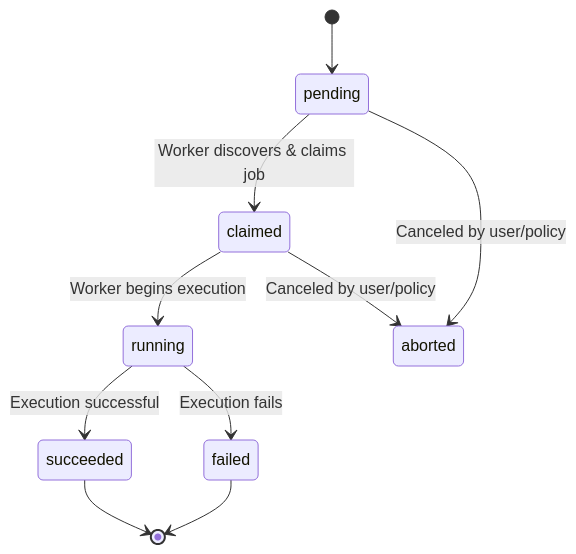
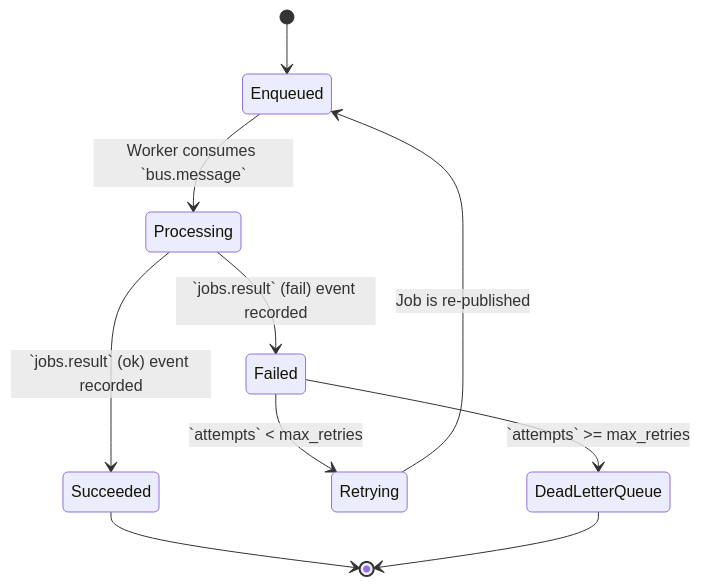
Before and after one commit to flyingrobots/gatos: diagram 20 of 20 in docs/SPEC.md, drawn with Mermaid. The commit also changed other lines of this file and 1 other file, not shown here.

First line of the commit message:
docs: Add Mermaid diagrams to all sections of SPEC and TECH-SPEC

````diff
--- a/docs/SPEC.md
+++ b/docs/SPEC.md
@@ -692,12 +532,15 @@
 ```mermaid
 stateDiagram-v2
-    [*] --> pending
-    pending --> claimed: Worker discovers & claims job
-    claimed --> running: Worker begins execution
-    running --> succeeded: Execution successful
-    running --> failed: Execution fails
-    succeeded --> [*]
-    failed --> [*]
-    claimed --> aborted: Canceled by user/policy
-    pending --> aborted: Canceled by user/policy
+    [*] --> Enqueued
+
+    Enqueued --> Processing: Worker consumes `bus.message`
+    Processing --> Succeeded: `jobs.result` (ok) event recorded
+    Processing --> Failed: `jobs.result` (fail) event recorded
+
+    Succeeded --> [*]
+    Failed --> Retrying: `attempts` < max_retries
+    Failed --> DeadLetterQueue: `attempts` >= max_retries
+
+    Retrying --> Enqueued: Job is re-published
+    DeadLetterQueue --> [*]
 ```
````
